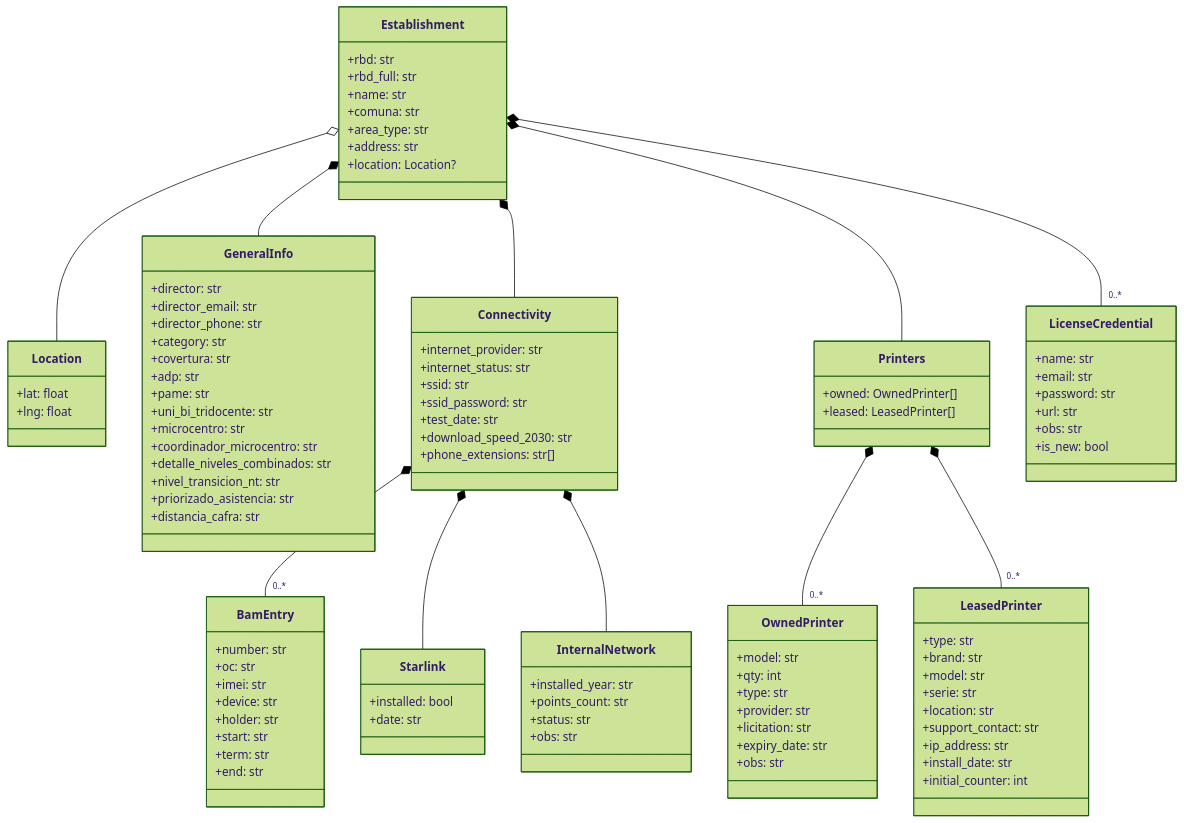
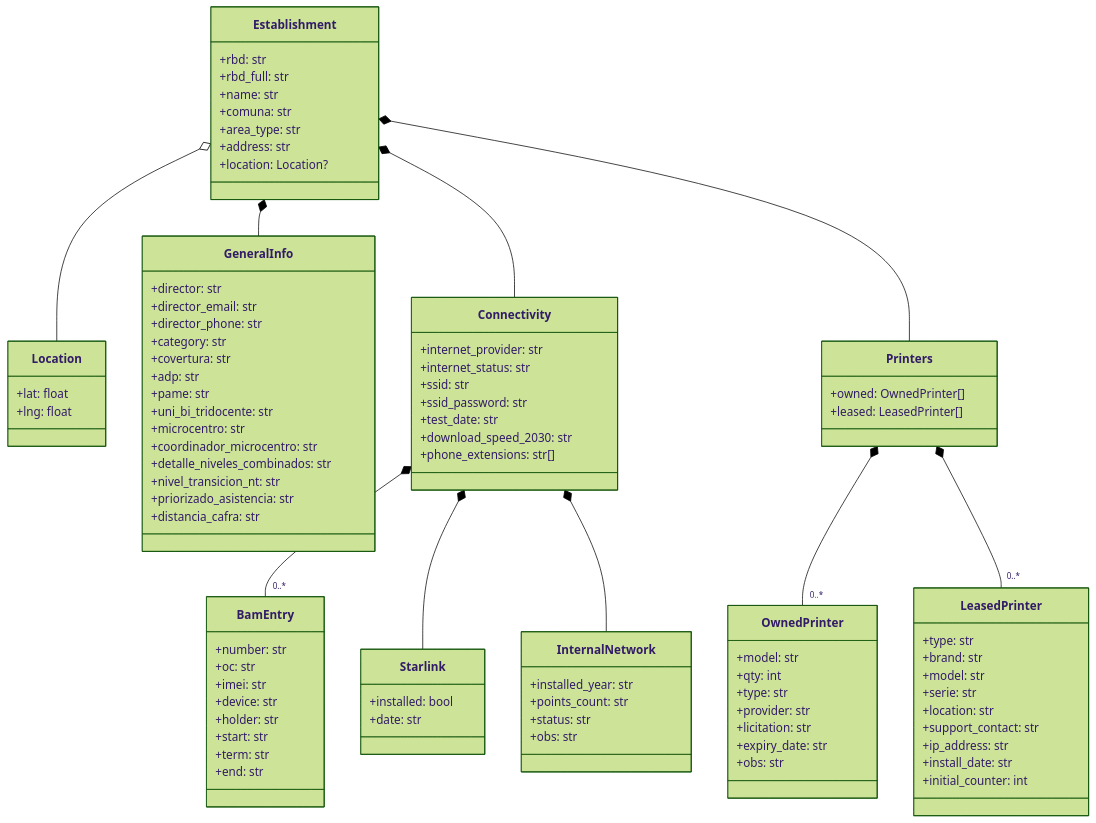
Before and after one commit to TomasManriquez/Gestion-de-establecimientos: the second of 6 diagrams in Documentacion/02-modelo-datos.md, drawn with Mermaid (forest theme). The commit also changed other lines of this file and 20 other files, not shown here.

```diff
--- a/Documentacion/02-modelo-datos.md
+++ b/Documentacion/02-modelo-datos.md
@@ -210,20 +208,11 @@
         +install_date: str
         +initial_counter: int
     }
-    class LicenseCredential {
-        +name: str
-        +email: str
-        +password: str
-        +url: str
-        +obs: str
-        +is_new: bool
-    }
 
     Establishment o-- Location
     Establishment *-- GeneralInfo
     Establishment *-- Connectivity
     Establishment *-- Printers
-    Establishment *-- "0..*" LicenseCredential
     Connectivity *-- "0..*" BamEntry
     Connectivity *-- Starlink
     Connectivity *-- InternalNetwork
```
